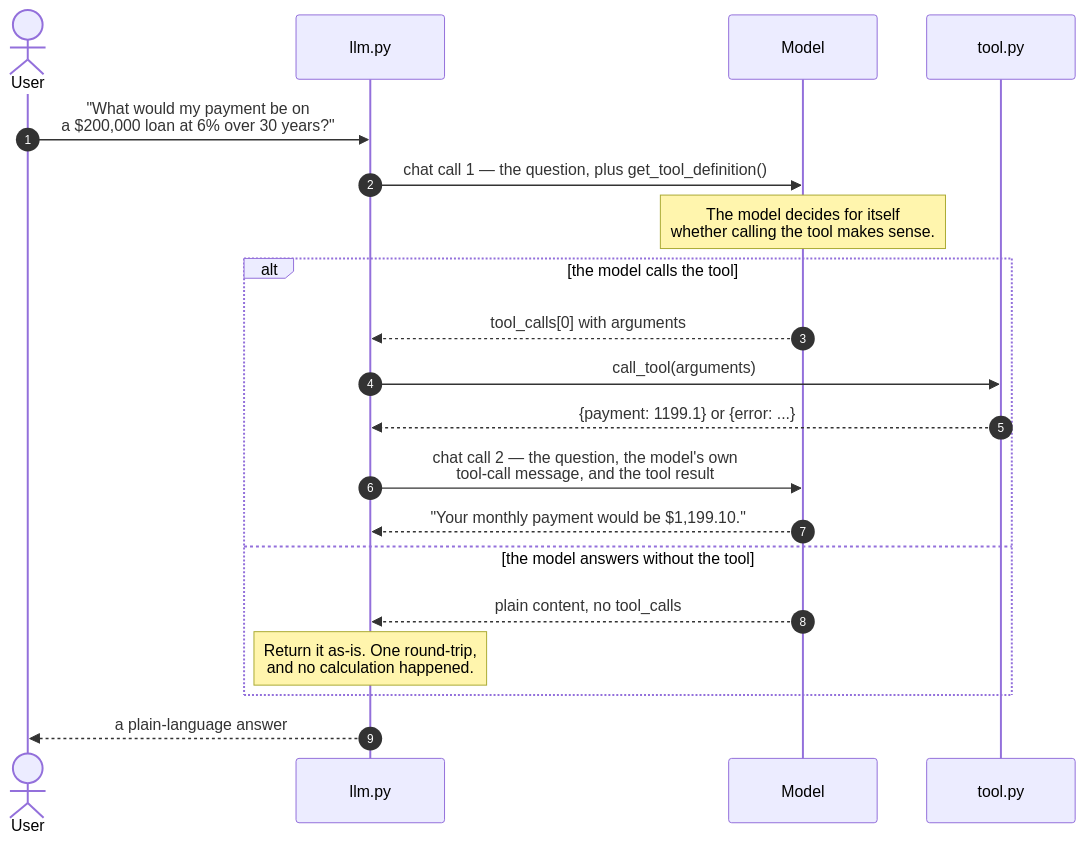
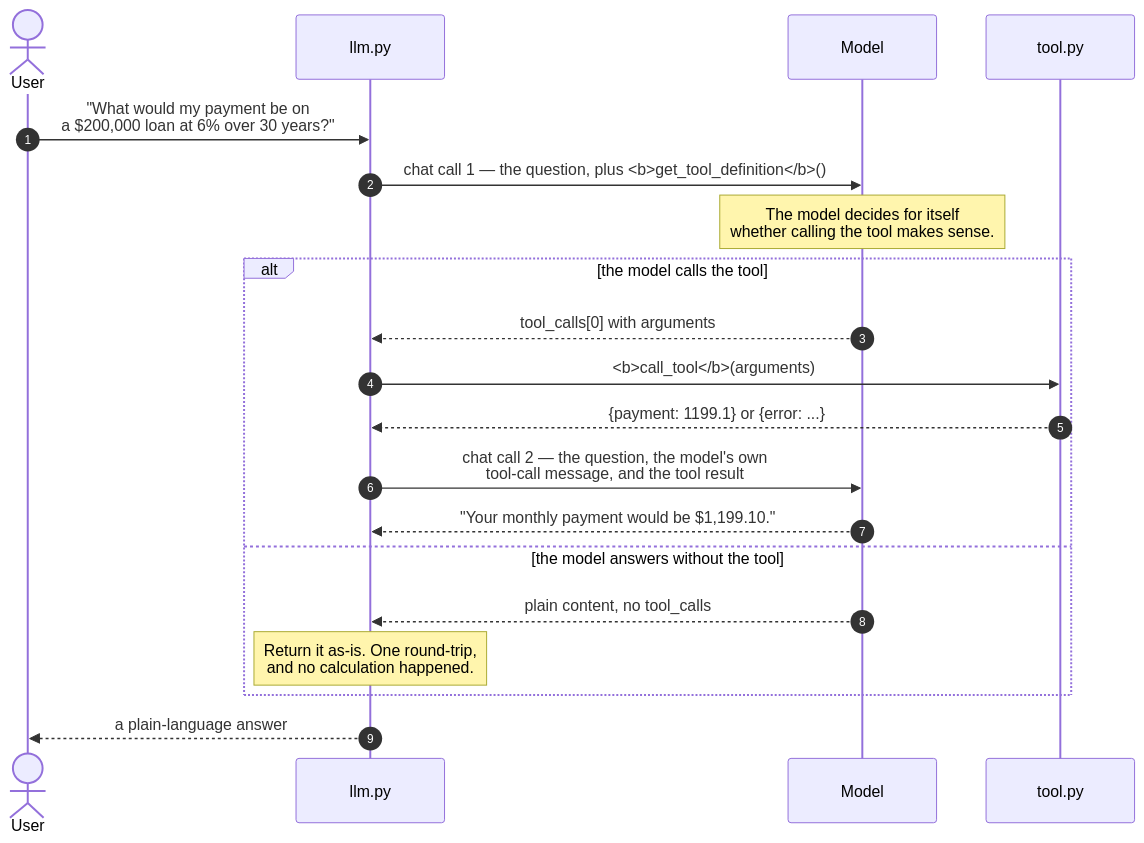
One commit to rioffe/intro_to_ai_software_engineering changed the second of 4 diagrams in manuscript/12-llm-interface.md. Above: the diagram before and after it, drawn with Mermaid. The commit also changed other lines of this file and 17 other files, not shown here.

First line of the commit message:
Diagram readability pass, and keep diagrams with their intro sentence

````diff
--- a/manuscript/12-llm-interface.md
+++ b/manuscript/12-llm-interface.md
@@ -73,23 +73,23 @@
 ```mermaid
 sequenceDiagram
     autonumber
     actor User
     participant LLM as llm.py
     participant Model
     participant Tool as tool.py
 
     User->>LLM: "What would my payment be on<br/>a $200,000 loan at 6% over 30 years?"
-    LLM->>Model: chat call 1 — the question, plus get_tool_definition()
+    LLM->>Model: chat call 1 — the question, plus <b>get_tool_definition</b>()
     Note over Model: The model decides for itself<br/>whether calling the tool makes sense.
     alt the model calls the tool
         Model-->>LLM: tool_calls[0] with arguments
-        LLM->>Tool: call_tool(arguments)
+        LLM->>Tool: <b>call_tool</b>(arguments)
         Tool-->>LLM: {payment: 1199.1} or {error: ...}
         LLM->>Model: chat call 2 — the question, the model's own<br/>tool-call message, and the tool result
         Model-->>LLM: "Your monthly payment would be $1,199.10."
     else the model answers without the tool
         Model-->>LLM: plain content, no tool_calls
         Note over LLM: Return it as-is. One round-trip,<br/>and no calculation happened.
     end
     LLM-->>User: a plain-language answer
 ```
````
